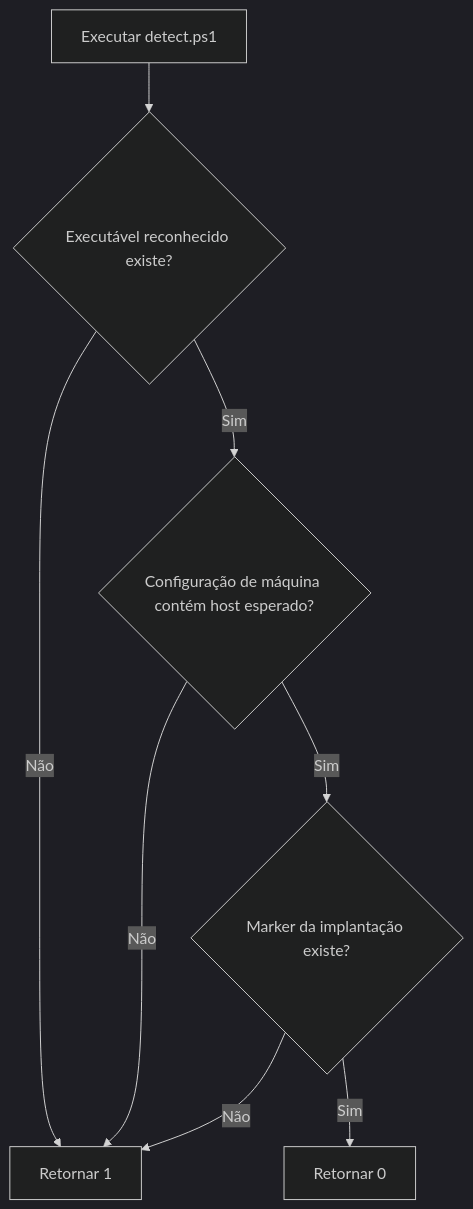
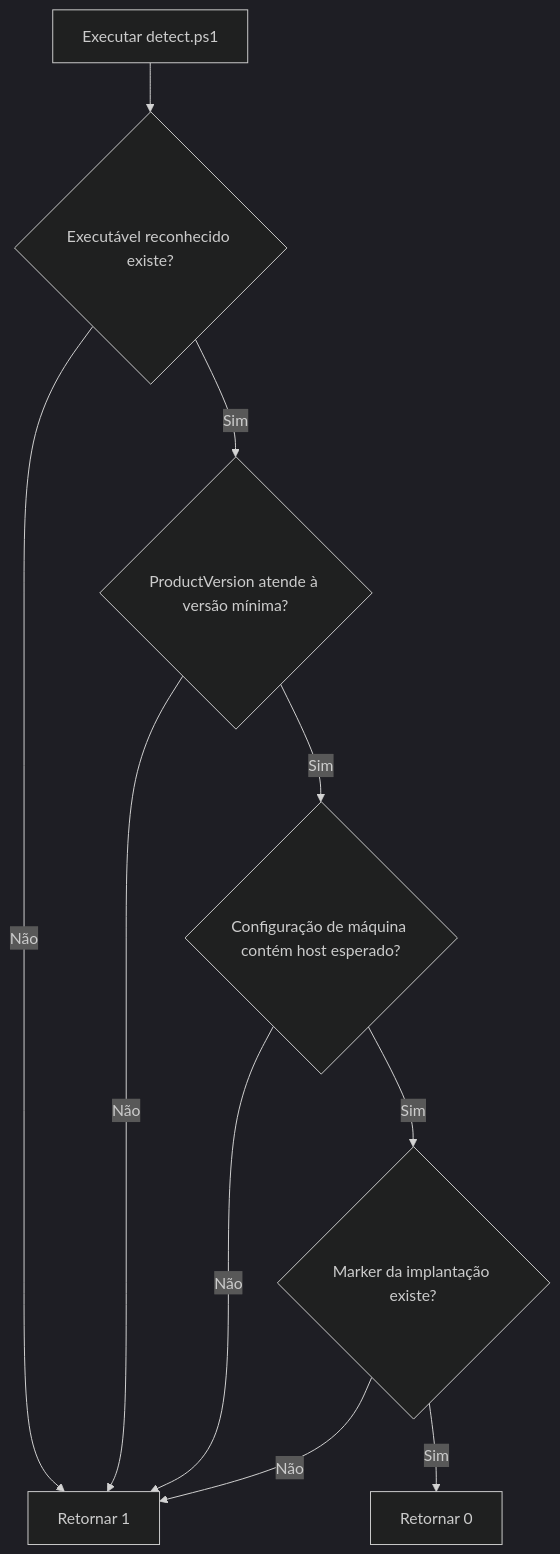
One commit to diogowermann/RustDeskIntuneDeployment changed the fourth of 5 diagrams in docs/pt-BR/ARCHITECTURE.md. Above: the diagram before and after it, drawn with Mermaid (dark theme). The commit also changed other lines of this file and 10 other files, not shown here.

````diff
--- a/docs/pt-BR/ARCHITECTURE.md
+++ b/docs/pt-BR/ARCHITECTURE.md
@@ -196,10 +196,12 @@
 ```mermaid
 flowchart TD
     START[Executar detect.ps1] --> EXE{Executável reconhecido existe?}
     EXE -- Não --> FAIL[Retornar 1]
-    EXE -- Sim --> CONFIG{Configuração de máquina contém host esperado?}
+    EXE -- Sim --> VERSION{ProductVersion atende à versão mínima?}
+    VERSION -- Não --> FAIL
+    VERSION -- Sim --> CONFIG{Configuração de máquina contém host esperado?}
     CONFIG -- Não --> FAIL
     CONFIG -- Sim --> MARKER{Marker da implantação existe?}
     MARKER -- Não --> FAIL
     MARKER -- Sim --> SUCCESS[Retornar 0]
 ```
````
